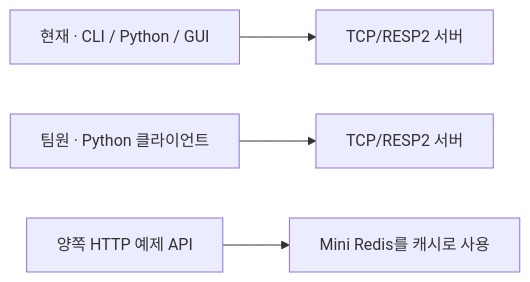
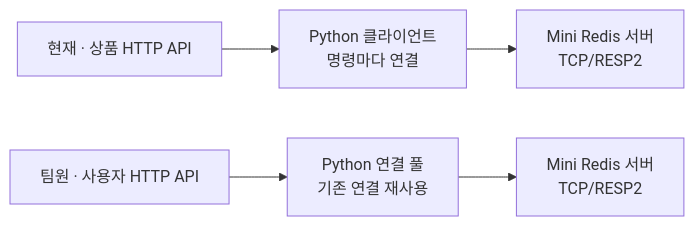
Before and after one commit to woojinnj/mini-redis: the fourth of 6 diagrams in README.md, drawn with Mermaid. The commit also changed other lines of this file and 1 other file, not shown here.

Commit message:
docs: focus Redis presentation on API behavior

````diff
--- a/README.md
+++ b/README.md
@@ -80,6 +80,5 @@
 ```mermaid
 flowchart LR
-    A["현재 · CLI / Python / GUI"] --> B["TCP/RESP2 서버"]
-    C["팀원 · Python 클라이언트"] --> D["TCP/RESP2 서버"]
-    E["양쪽 HTTP 예제 API"] --> F["Mini Redis를 캐시로 사용"]
+    A["현재 · 상품 HTTP API"] --> B["Python 클라이언트<br/>명령마다 연결"] --> C["Mini Redis 서버<br/>TCP/RESP2"]
+    D["팀원 · 사용자 HTTP API"] --> E["Python 연결 풀<br/>기존 연결 재사용"] --> F["Mini Redis 서버<br/>TCP/RESP2"]
 ```
````
